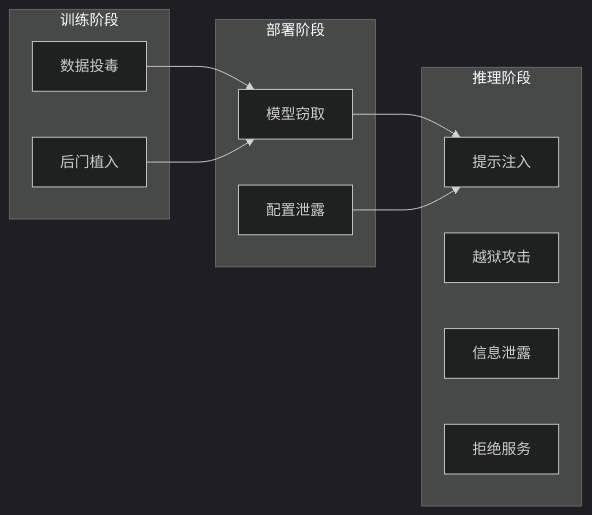
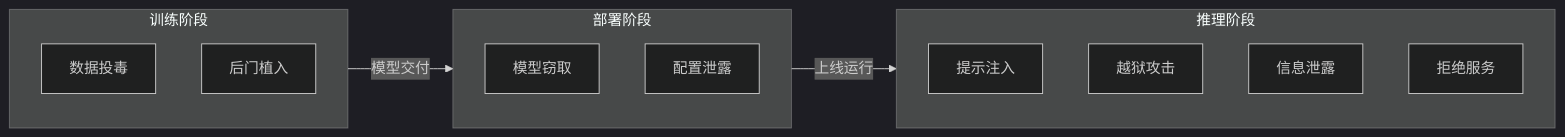
The first of 2 diagrams in 01_intro/1.4_threat_landscape.md (yeasy/ai_security_guide), drawn with Mermaid (dark theme) before and after one commit. The commit also changed other lines of this file, not shown here.

````diff
--- a/01_intro/1.4_threat_landscape.md
+++ b/01_intro/1.4_threat_landscape.md
@@ -10,24 +10,21 @@
 ```mermaid
 flowchart LR
     subgraph "训练阶段"
     A1["数据投毒"]
     A2["后门植入"]
     end
 
     subgraph "部署阶段"
     B1["模型窃取"]
     B2["配置泄露"]
     end
 
     subgraph "推理阶段"
     C1["提示注入"]
     C2["越狱攻击"]
     C3["信息泄露"]
     C4["拒绝服务"]
     end
 
-    A1 --> B1
-    A2 --> B1
-    B1 --> C1
-    B2 --> C1
+    训练阶段 -->|模型交付| 部署阶段 -->|上线运行| 推理阶段
 ```
````
